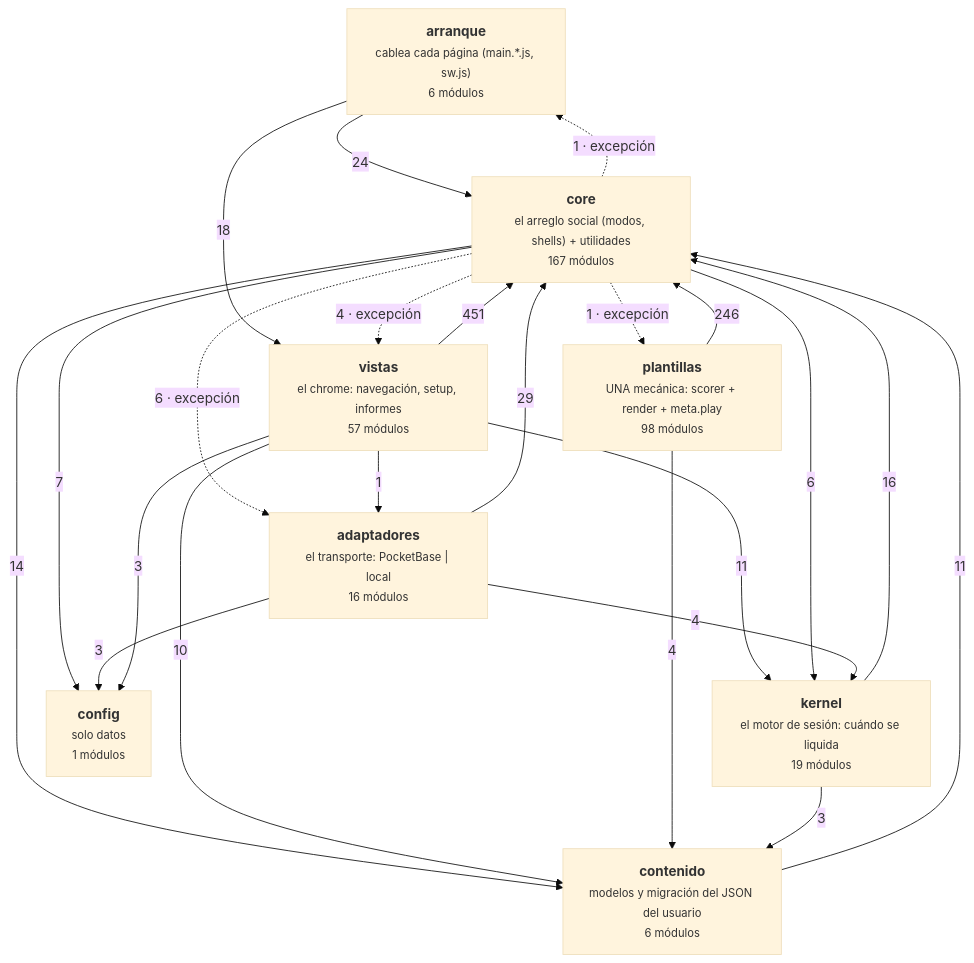
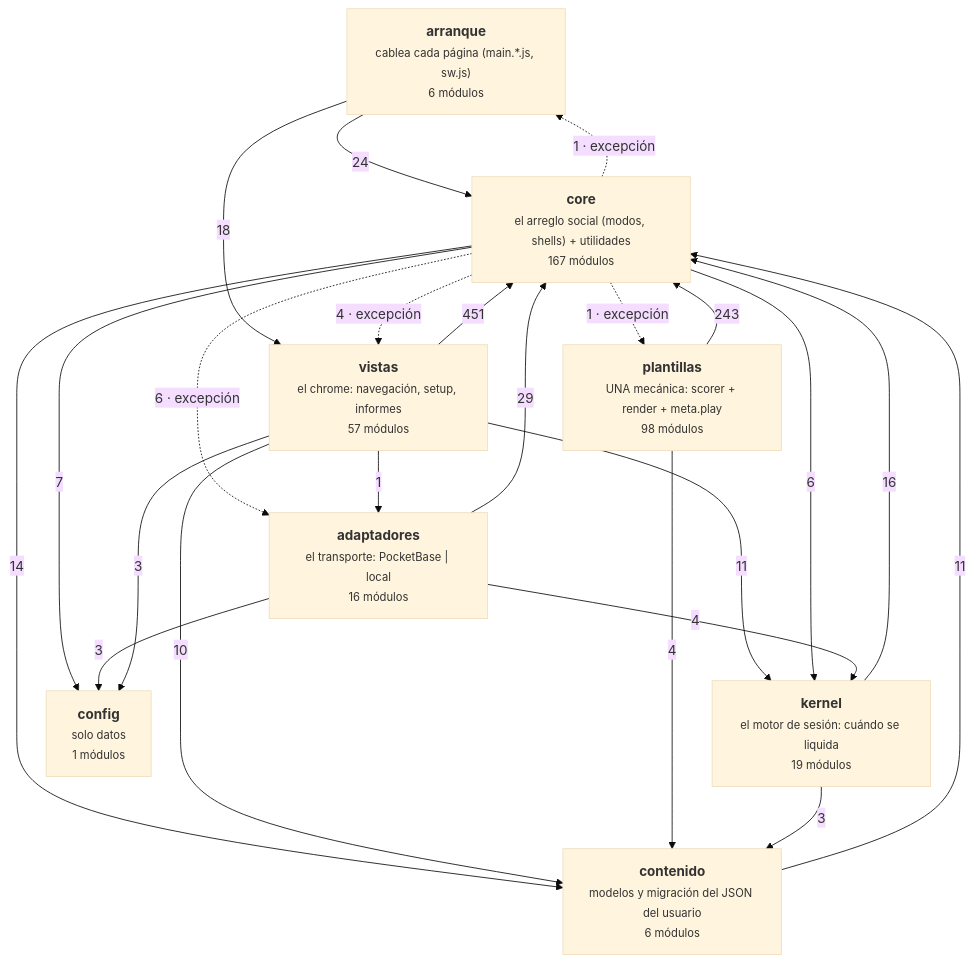
Before and after one commit to duecaz/ac: the diagram in docs/arquitectura-modulos.md, drawn with Mermaid (base theme). The commit also changed other lines of this file and 16 other files, not shown here.

````diff
--- a/docs/arquitectura-modulos.md
+++ b/docs/arquitectura-modulos.md
@@ -56,33 +56,33 @@
 ```mermaid
 graph TD
   A["<b>arranque</b><br/><small>cablea cada página (main.*.js, sw.js)</small><br/><small>6 módulos</small>"]
   V["<b>vistas</b><br/><small>el chrome: navegación, setup, informes</small><br/><small>57 módulos</small>"]
   AD["<b>adaptadores</b><br/><small>el transporte: PocketBase | local</small><br/><small>16 módulos</small>"]
   C["<b>core</b><br/><small>el arreglo social (modos, shells) + utilidades</small><br/><small>167 módulos</small>"]
   K["<b>kernel</b><br/><small>el motor de sesión: cuándo se liquida</small><br/><small>19 módulos</small>"]
   T["<b>plantillas</b><br/><small>UNA mecánica: scorer + render + meta.play</small><br/><small>98 módulos</small>"]
   CO["<b>contenido</b><br/><small>modelos y migración del JSON del usuario</small><br/><small>6 módulos</small>"]
   CF["<b>config</b><br/><small>solo datos</small><br/><small>1 módulos</small>"]
   V -->|451| C
-  T -->|246| C
+  T -->|243| C
   AD -->|29| C
   A -->|24| C
   A -->|18| V
   K -->|16| C
   C -->|14| CO
   CO -->|11| C
   V -->|11| K
   V -->|10| CO
   C -->|7| CF
   C -->|6| K
   C -.->|6 · excepción| AD
   AD -->|4| K
   C -.->|4 · excepción| V
   T -->|4| CO
   AD -->|3| CF
   K -->|3| CO
   V -->|3| CF
   C -.->|1 · excepción| T
   C -.->|1 · excepción| A
   V -->|1| AD
 ```
````
